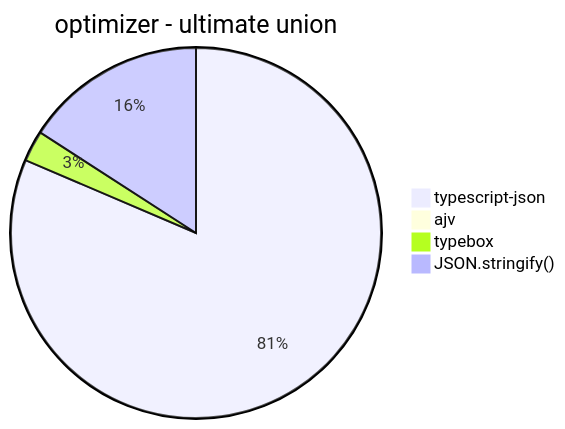
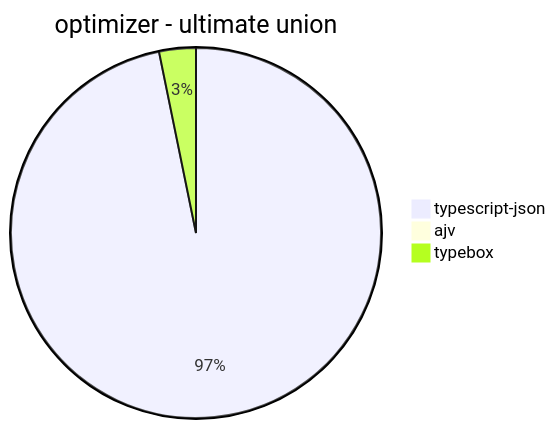
One commit to samchon/typia changed diagram 31 of 39 in benchmark/results/AMD Ryzen 7 5800H with Radeon Graphics.md. Above: the diagram before and after it, drawn with Mermaid. The commit also changed other lines of this file and 21 other files, not shown here.

````diff
--- a/benchmark/results/AMD Ryzen 7 5800H with Radeon Graphics.md
+++ b/benchmark/results/AMD Ryzen 7 5800H with Radeon Graphics.md
@@ -373,7 +367,6 @@
 ```mermaid
 pie title optimizer - ultimate union
   "typescript-json": 640.0927412163367
   "ajv": 0.9117432530999271
   "typebox": 21.195652173913047
-  "JSON.stringify()": 124.83841181902123
 ```
````
